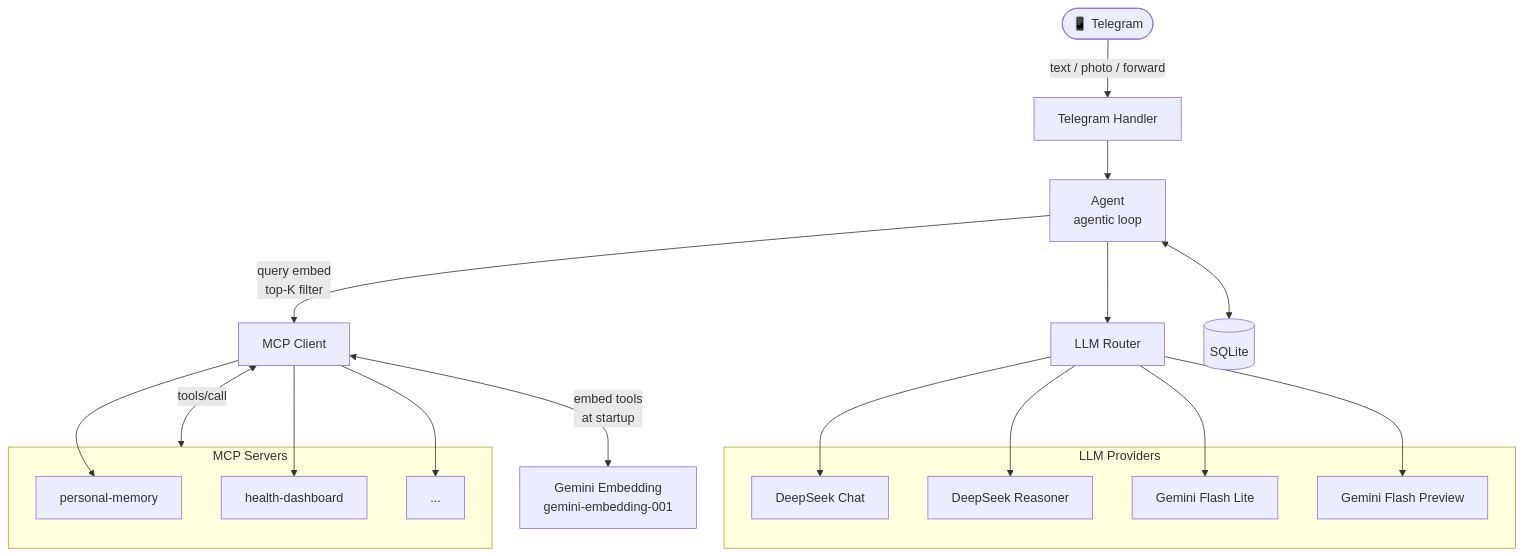
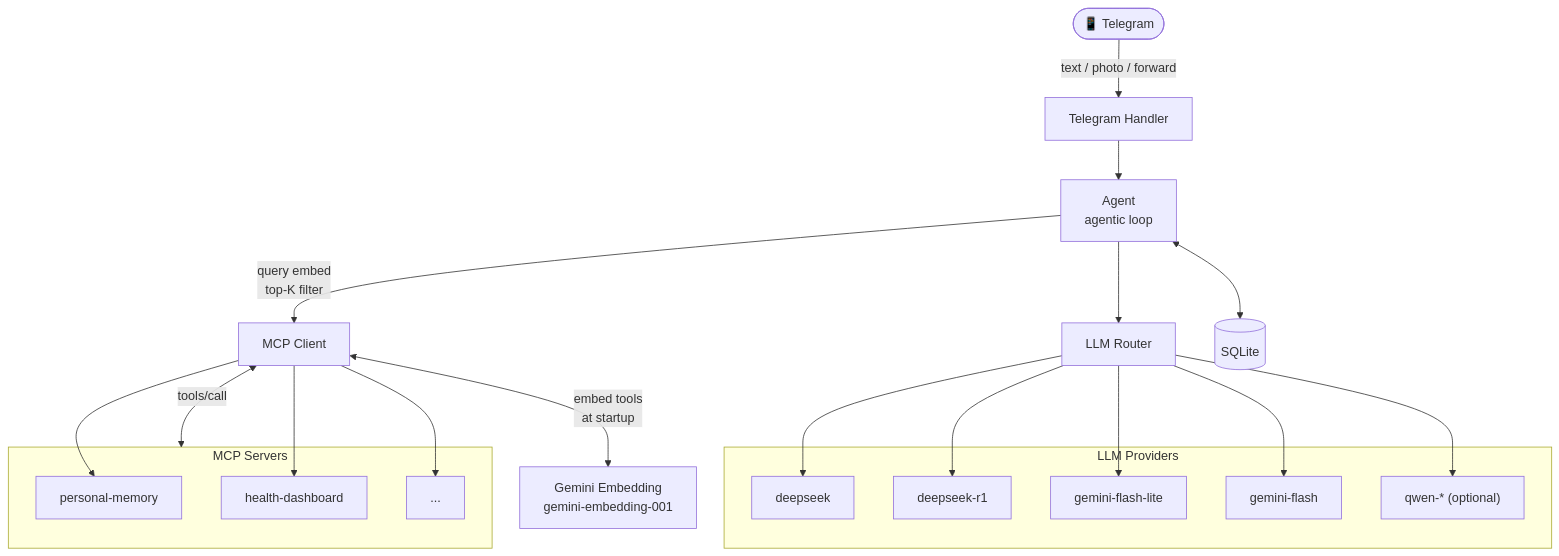
One commit to Dzarlax-AI/personal_assistant changed the diagram in README.md. Above: the diagram before and after it, drawn with Mermaid. The commit also changed other lines of this file and 10 other files, not shown here.

````diff
--- a/README.md
+++ b/README.md
@@ -206,38 +233,40 @@
 ```mermaid
 flowchart TD
     User(["📱 Telegram"])
     Handler["Telegram Handler"]
     Agent["Agent\nagentic loop"]
     Router["LLM Router"]
     MCP["MCP Client"]
     Store[("SQLite")]
     Emb["Gemini Embedding\ngemini-embedding-001"]
 
     subgraph LLMs ["LLM Providers"]
-        DS["DeepSeek Chat"]
-        DSR["DeepSeek Reasoner"]
-        GL["Gemini Flash Lite"]
-        GM["Gemini Flash Preview"]
+        DS["deepseek"]
+        DSR["deepseek-r1"]
+        GL["gemini-flash-lite"]
+        GM["gemini-flash"]
+        QW["qwen-* (optional)"]
     end
 
     subgraph Servers ["MCP Servers"]
         S1["personal-memory"]
         S2["health-dashboard"]
         S3["..."]
     end
 
     User -->|"text / photo / forward"| Handler
     Handler --> Agent
     Agent <--> Store
     Agent --> Router
     Agent -->|"query embed\ntop-K filter"| MCP
     MCP <-->|"embed tools\nat startup"| Emb
     MCP <-->|"tools/call"| Servers
     Router --> DS
     Router --> DSR
     Router --> GL
     Router --> GM
+    Router --> QW
     MCP --> S1
     MCP --> S2
     MCP --> S3
 ```
````
